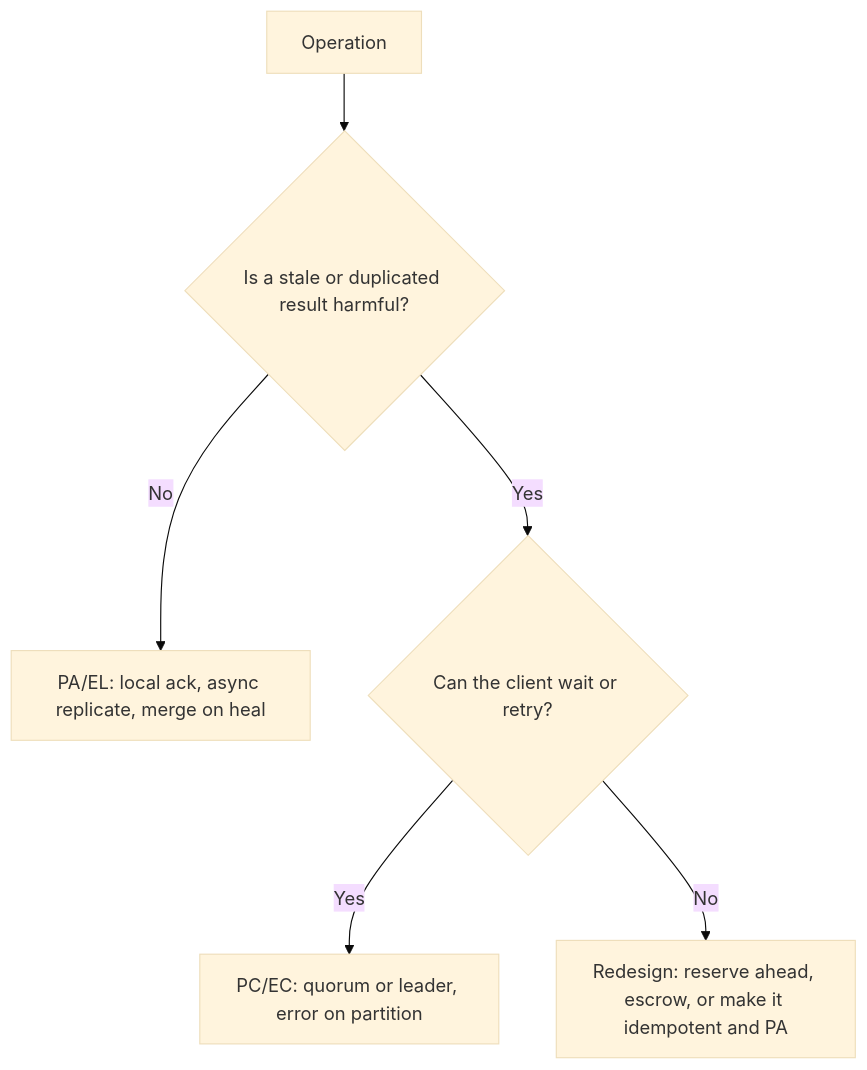
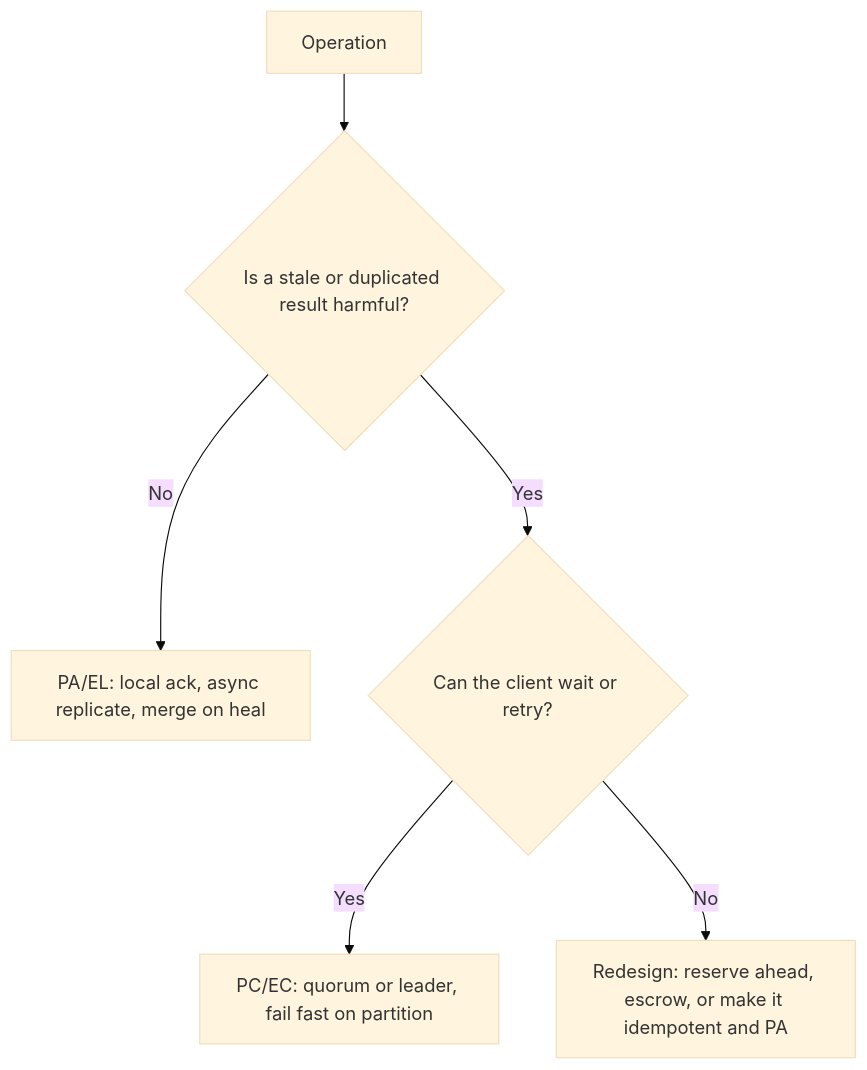
Before and after one commit to thull32/ascend: the diagram in content/tracks/09-system-design/01-building-blocks/07-cap-and-pacelc.md, drawn with Mermaid (base theme). The commit also changed other lines of this file and 7 other files, not shown here.

````diff
--- a/content/tracks/09-system-design/01-building-blocks/07-cap-and-pacelc.md
+++ b/content/tracks/09-system-design/01-building-blocks/07-cap-and-pacelc.md
@@ -96,8 +146,8 @@
 ```mermaid
 flowchart TD
     Op["Operation"] --> Q1{"Is a stale or duplicated result harmful?"}
     Q1 -- "No" --> AP["PA/EL: local ack, async replicate, merge on heal"]
     Q1 -- "Yes" --> Q2{"Can the client wait or retry?"}
-    Q2 -- "Yes" --> CP["PC/EC: quorum or leader, error on partition"]
+    Q2 -- "Yes" --> CP["PC/EC: quorum or leader, fail fast on partition"]
     Q2 -- "No" --> Redesign["Redesign: reserve ahead, escrow, or make it idempotent and PA"]
 ```
````
